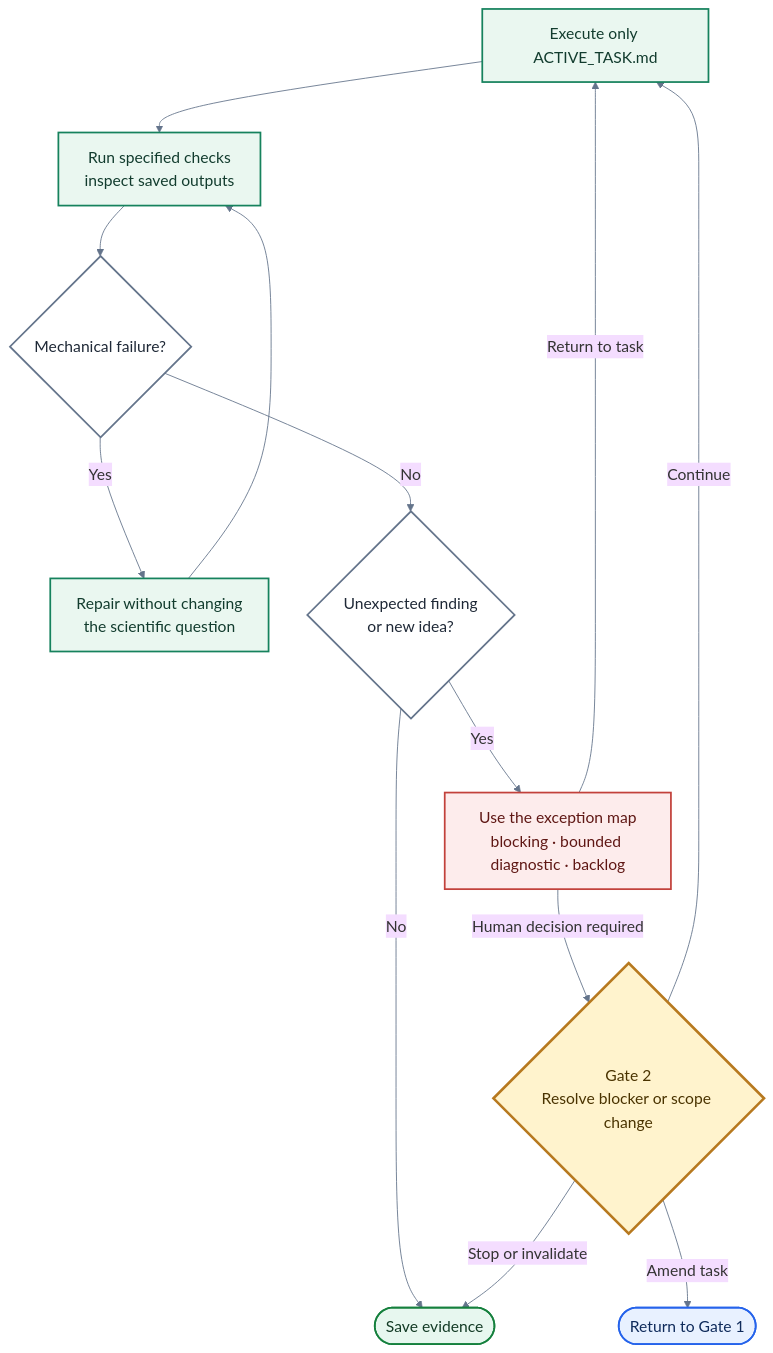
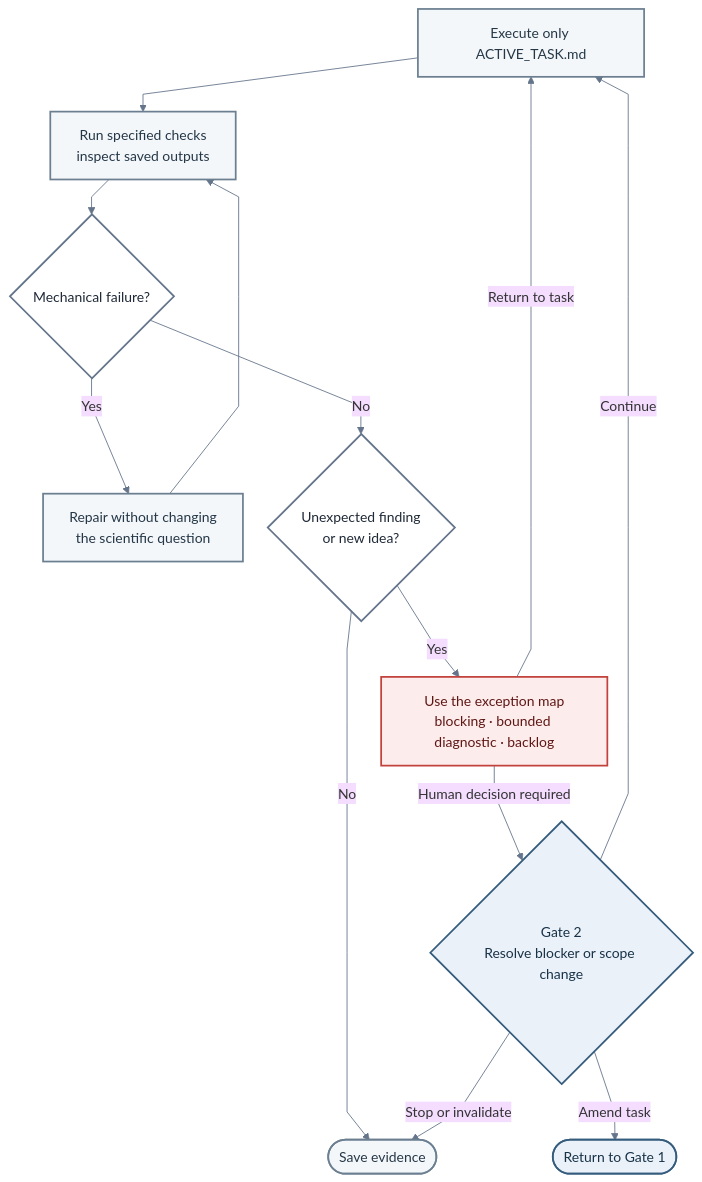
Before and after one commit to Jhziiiig/research-agent-template: the third of 8 diagrams in workflow/PROCESS_MAP.md, drawn with Mermaid. The commit also changed other lines of this file and 2 other files, not shown here.

````diff
--- a/workflow/PROCESS_MAP.md
+++ b/workflow/PROCESS_MAP.md
@@ -64,23 +64,23 @@
 ```mermaid
-%%{init: {"theme":"base","themeVariables":{"fontFamily":"Arial, sans-serif","fontSize":"18px","lineColor":"#64748B"},"flowchart":{"curve":"basis","nodeSpacing":44,"rankSpacing":58,"htmlLabels":true}}}%%
+%%{init: {"theme":"base","themeVariables":{"fontFamily":"Arial, sans-serif","fontSize":"16px","lineColor":"#64748B"},"flowchart":{"curve":"linear","nodeSpacing":28,"rankSpacing":40,"htmlLabels":true}}}%%
 flowchart TB
     Run[Execute only ACTIVE_TASK.md]:::agent --> Check[Run specified checks<br/>inspect saved outputs]:::agent
     Check --> Failure{Mechanical failure?}:::decision
     Failure -- Yes --> Repair[Repair without changing<br/>the scientific question]:::agent
     Repair --> Check
     Failure -- No --> Finding{Unexpected finding<br/>or new idea?}:::decision
     Finding -- No --> Evidence([Save evidence]):::evidence
     Finding -- Yes --> Classify[Use the exception map<br/>blocking · bounded diagnostic · backlog]:::warning
     Classify -- Return to task --> Run
     Classify -- Human decision required --> G2{Gate 2<br/>Resolve blocker or scope change}:::gate
     G2 -- Continue --> Run
     G2 -- Amend task --> Revise([Return to Gate 1]):::human
     G2 -- Stop or invalidate --> Evidence
 
-    classDef human fill:#E8F1FF,stroke:#2563EB,color:#0F2B5B,stroke-width:2px;
-    classDef gate fill:#FFF3CD,stroke:#B7791F,color:#4A3300,stroke-width:3px;
-    classDef agent fill:#EAF7F0,stroke:#16825D,color:#123C2E,stroke-width:2px;
-    classDef evidence fill:#E7F7EF,stroke:#15803D,color:#123A24,stroke-width:2px;
+    classDef human fill:#EAF1F8,stroke:#355C7D,color:#183247,stroke-width:2px;
+    classDef gate fill:#EAF1F8,stroke:#355C7D,color:#183247,stroke-width:2px;
+    classDef agent fill:#F4F7FA,stroke:#6B7F91,color:#243746,stroke-width:2px;
+    classDef evidence fill:#F4F7FA,stroke:#6B7F91,color:#243746,stroke-width:2px;
     classDef decision fill:#FFFFFF,stroke:#64748B,color:#1F2937,stroke-width:2px;
     classDef warning fill:#FDECEC,stroke:#C2413B,color:#5F1714,stroke-width:2px;
 ```
````
